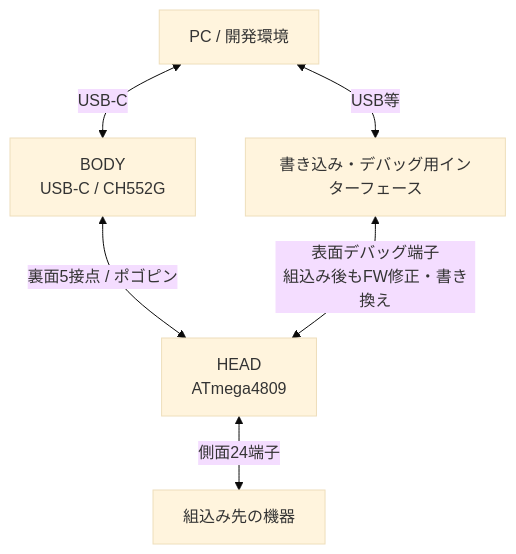
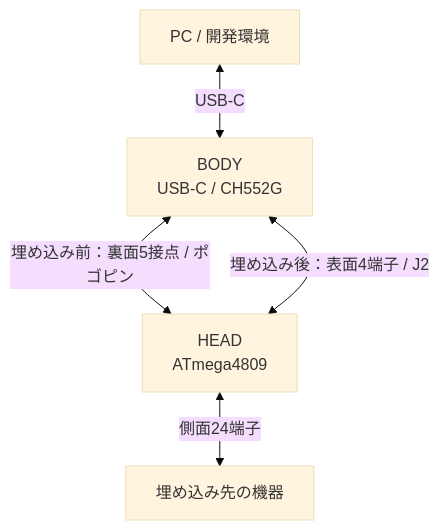
Before and after one commit to ymmtynk/BARONDUINO_EVERY: the first of 2 diagrams in README.md, drawn with Mermaid (base theme). The commit also changed other lines of this file, not shown here.

````diff
--- a/README.md
+++ b/README.md
@@ -29,15 +29,12 @@
 ```mermaid
 flowchart TB
     PC["PC / 開発環境"]
     BODY["BODY<br/>USB-C / CH552G"]
     HEAD["HEAD<br/>ATmega4809"]
-    DEVICE["組込み先の機器"]
-    ADAPTER["書き込み・デバッグ用インターフェース"]
+    DEVICE["埋め込み先の機器"]
 
     PC <-->|USB-C| BODY
-    BODY <-->|裏面5接点 / ポゴピン| HEAD
+    BODY <-->|埋め込み前：裏面5接点 / ポゴピン| HEAD
+    BODY <-->|埋め込み後：表面4端子 / J2| HEAD
     HEAD <-->|側面24端子| DEVICE
-
-    PC <-->|USB等| ADAPTER
-    ADAPTER <-->|表面デバッグ端子<br/>組込み後もFW修正・書き換え| HEAD
 ```
````
